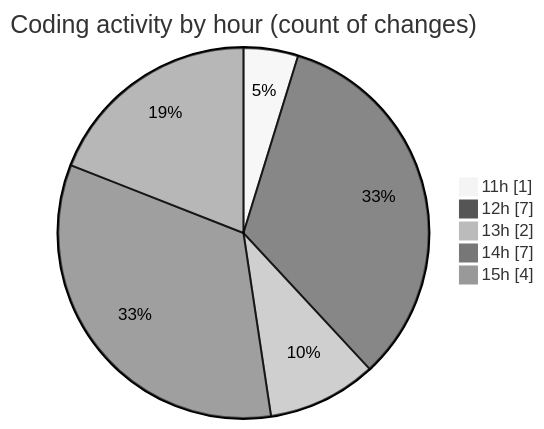
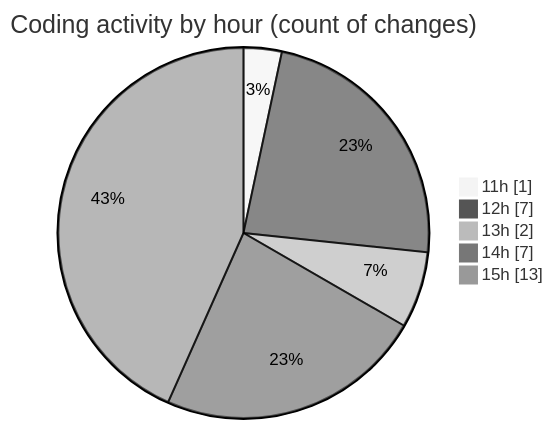
One commit to momahboobian/code-tracking changed the second of 2 diagrams in 2025-06-09/cda/README.md. Above: the diagram before and after it, drawn with Mermaid (neutral theme). The commit also changed other lines of this file and 1 other file, not shown here.

````diff
--- a/2025-06-09/cda/README.md
+++ b/2025-06-09/cda/README.md
@@ -40,9 +40,9 @@
 ```mermaid
 pie showData
 title Coding activity by hour (count of changes)
 "11h" : 1
 "12h" : 7
 "13h" : 2
 "14h" : 7
-"15h" : 4
+"15h" : 13
 ```
````
